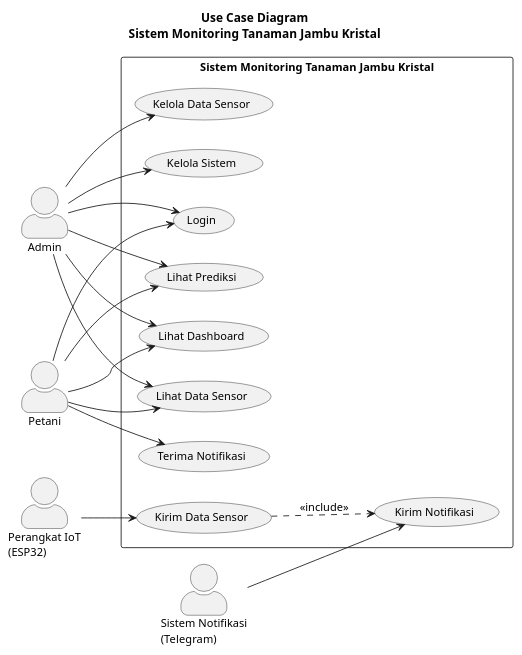
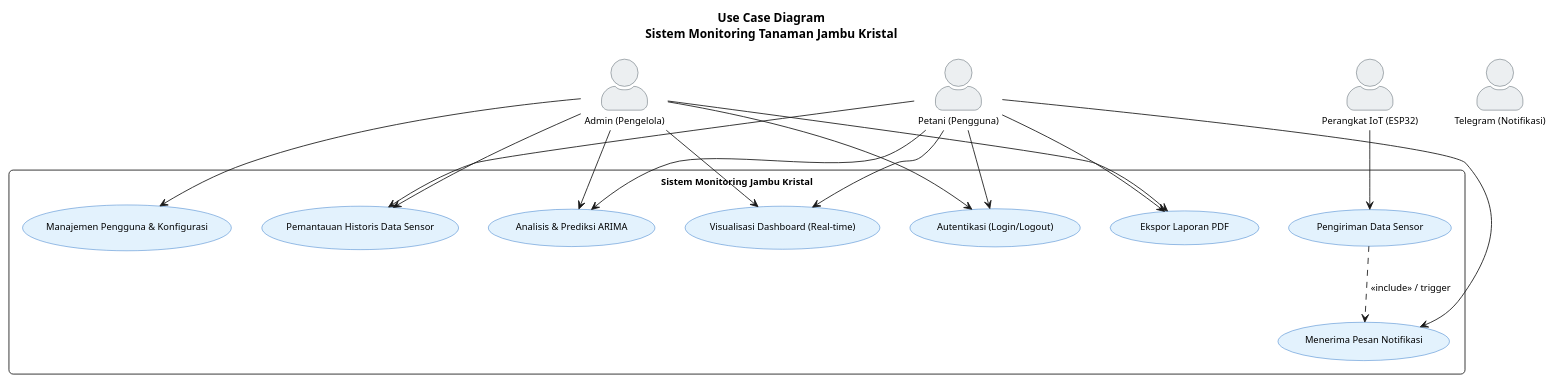
Before and after one commit to maa040424/jambu-monitoring: the diagram in docs/diagrams/1_use_case.puml, drawn with PlantUML. The commit also changed 51 other files, not shown here.

```diff
--- a/docs/diagrams/1_use_case.puml
+++ b/docs/diagrams/1_use_case.puml
@@ -1,49 +1,59 @@
 @startuml Use Case Diagram
-left to right direction
-skinparam monochrome true
+
+skinparam backgroundColor white
+skinparam defaultFontName "Segoe UI"
+skinparam defaultFontSize 11
 skinparam shadowing false
-skinparam backgroundColor white
-skinparam defaultFontName Arial
-skinparam defaultFontSize 13
+skinparam roundCorner 10
+skinparam padding 4
 skinparam actorStyle awesome
 
-title Use Case Diagram\nSistem Monitoring Tanaman Jambu Kristal
-
-actor "Admin" as admin
-actor "Petani" as petani
-
-rectangle "Sistem Monitoring Tanaman Jambu Kristal" {
-    usecase "Login" as UC1
-    usecase "Lihat Dashboard" as UC2
-    usecase "Lihat Data Sensor" as UC3
-    usecase "Lihat Prediksi" as UC4
-    usecase "Kelola Data Sensor" as UC5
-    usecase "Kelola Sistem" as UC6
-    usecase "Terima Notifikasi" as UC7
-    usecase "Kirim Data Sensor" as UC8
-    usecase "Kirim Notifikasi" as UC9
+skinparam actor {
+    BorderColor #37474F
+    BackgroundColor #ECEFF1
 }
 
-actor "Perangkat IoT\n(ESP32)" as iot
-actor "Sistem Notifikasi\n(Telegram)" as notif
+skinparam usecase {
+    BorderColor #1565C0
+    BackgroundColor #E3F2FD
+}
 
-admin --> UC1
-admin --> UC2
-admin --> UC3
-admin --> UC4
-admin --> UC5
-admin --> UC6
+title **Use Case Diagram**\nSistem Monitoring Tanaman Jambu Kristal
 
-petani --> UC1
-petani --> UC2
-petani --> UC3
-petani --> UC4
-petani --> UC7
+actor "Admin (Pengelola)" as admin
+actor "Petani (Pengguna)" as petani
+actor "Perangkat IoT (ESP32)" as esp32
+actor "Telegram (Notifikasi)" as telegram
 
-iot --> UC8
+rectangle "Sistem Monitoring Jambu Kristal" {
+    usecase "Autentikasi (Login/Logout)" as UC_Auth
+    usecase "Visualisasi Dashboard (Real-time)" as UC_Dash
+    usecase "Pemantauan Historis Data Sensor" as UC_Hist
+    usecase "Analisis & Prediksi ARIMA" as UC_Forecast
+    usecase "Ekspor Laporan PDF" as UC_Export
+    usecase "Manajemen Pengguna & Konfigurasi" as UC_Manage
+    usecase "Pengiriman Data Sensor" as UC_Ingest
+    usecase "Menerima Pesan Notifikasi" as UC_Recv
+}
 
-notif --> UC9
+' === Relasi Actor ke Use Case ===
+admin --> UC_Auth
+admin --> UC_Dash
+admin --> UC_Hist
+admin --> UC_Forecast
+admin --> UC_Export
+admin --> UC_Manage
 
-UC8 ..> UC9 : <<include>>
+petani --> UC_Auth
+petani --> UC_Dash
+petani --> UC_Hist
+petani --> UC_Forecast
+petani --> UC_Export
+petani --> UC_Recv
+
+esp32 --> UC_Ingest
+
+' === Relasi Antar Use Case ===
+UC_Ingest ..> UC_Recv : <<include>> / trigger
 
 @enduml
```
